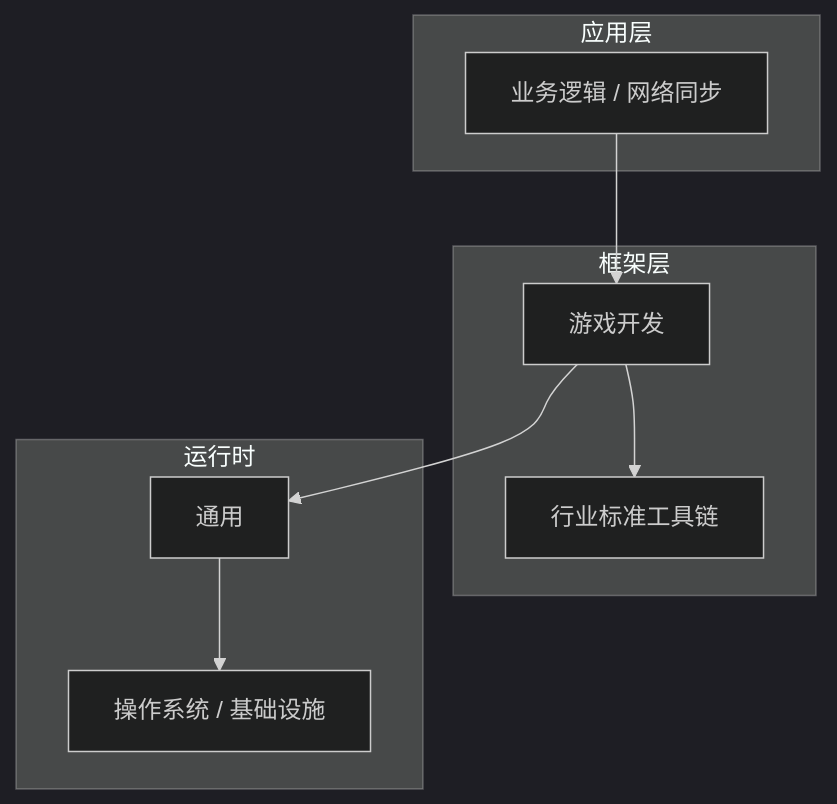
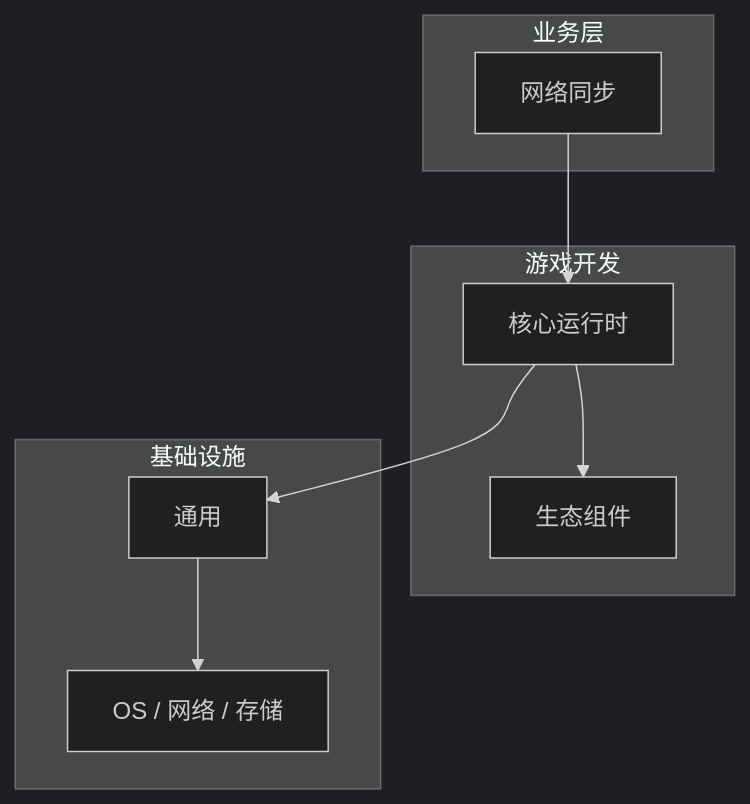
The diagram in articles/游戏开发/chapters/086-网络同步核心概念与原理.md (yanggan2015/knowledge-json-v2), drawn with Mermaid (dark theme) before and after one commit. The commit also changed other lines of this file and 10127 other files, not shown here.

````diff
--- a/articles/游戏开发/chapters/086-网络同步核心概念与原理.md
+++ b/articles/游戏开发/chapters/086-网络同步核心概念与原理.md
@@ -45,18 +30,18 @@
 ```mermaid
 graph TB
-    subgraph 应用层
-        A[业务逻辑 / 网络同步]
+    subgraph 业务层
+        A[网络同步]
     end
-    subgraph 框架层
-        B[游戏开发]
-        C[行业标准工具链]
+    subgraph 游戏开发
+        B[核心运行时]
+        C[生态组件]
     end
-    subgraph 运行时
+    subgraph 基础设施
         D[通用]
-        E[操作系统 / 基础设施]
+        E[OS / 网络 / 存储]
     end
     A --> B
     B --> C
     B --> D
     D --> E
 ```
````
